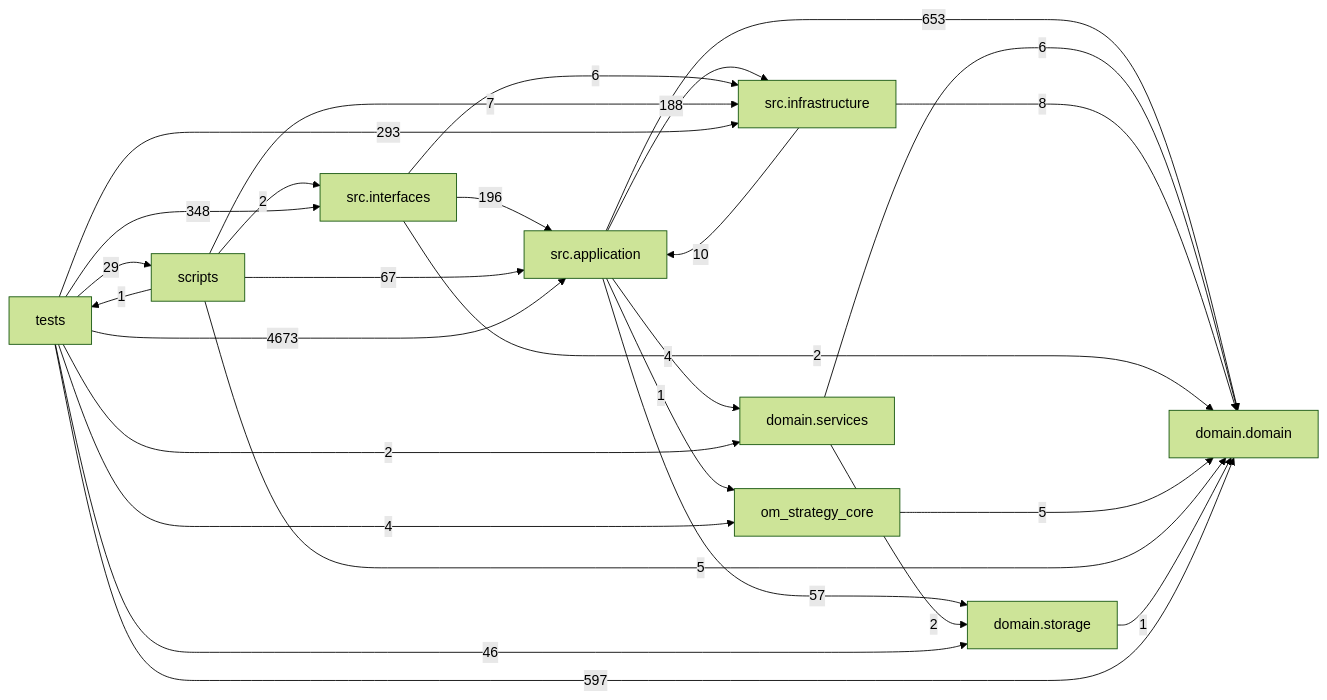
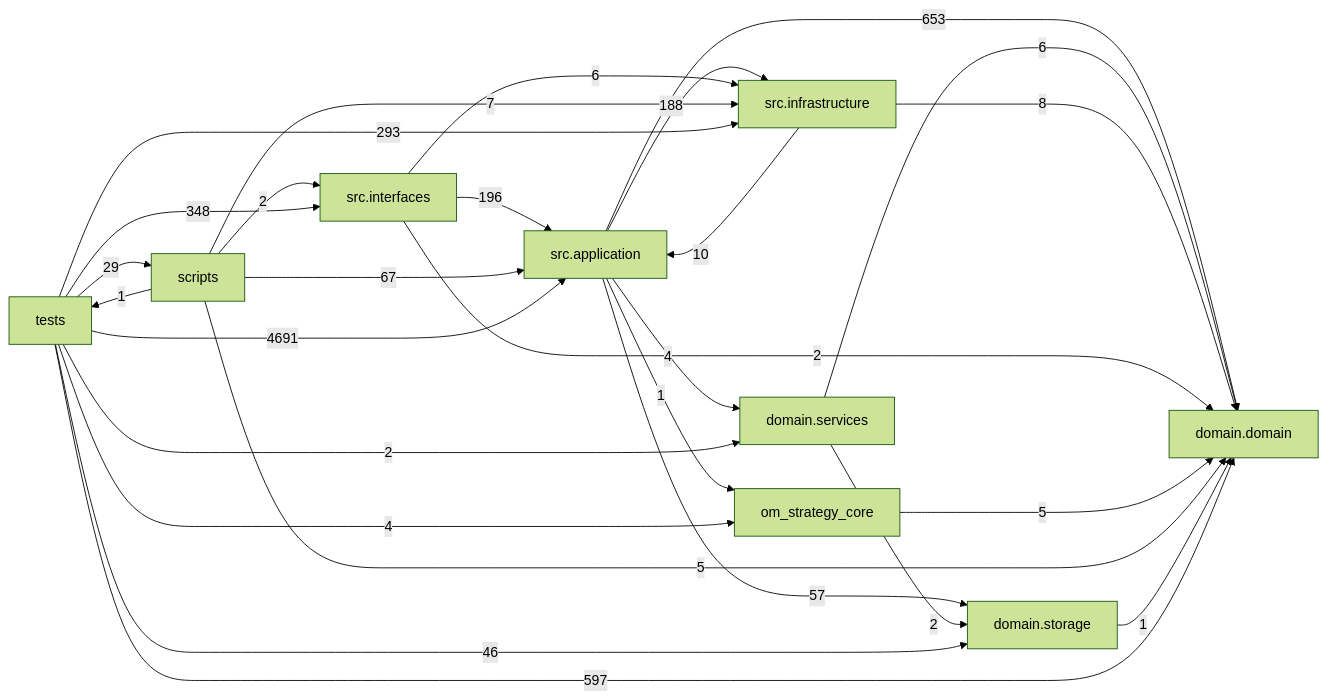
One commit to liuxie066/options-monitor changed the diagram in docs/DEPENDENCY_GRAPH.md. Above: the diagram before and after it, drawn with Mermaid (forest theme). The commit also changed other lines of this file and 4 other files, not shown here.

````diff
--- a/docs/DEPENDENCY_GRAPH.md
+++ b/docs/DEPENDENCY_GRAPH.md
@@ -24,38 +24,38 @@
 ```mermaid
 flowchart LR
   tests["tests"]
   scripts["scripts"]
   interfaces["src.interfaces"]
   application["src.application"]
   infrastructure["src.infrastructure"]
   domain_services["domain.services"]
   domain["domain.domain"]
   storage["domain.storage"]
   application -->|653| domain
   application -->|4| domain_services
   application -->|188| infrastructure
   application -->|1| om_strategy_core
   application -->|57| storage
   domain_services -->|6| domain
   domain_services -->|2| storage
   infrastructure -->|10| application
   infrastructure -->|8| domain
   interfaces -->|196| application
   interfaces -->|2| domain
   interfaces -->|6| infrastructure
   om_strategy_core -->|5| domain
   scripts -->|67| application
   scripts -->|5| domain
   scripts -->|7| infrastructure
   scripts -->|2| interfaces
   scripts -->|1| tests
   storage -->|1| domain
-  tests -->|4673| application
+  tests -->|4691| application
   tests -->|597| domain
   tests -->|2| domain_services
   tests -->|293| infrastructure
   tests -->|348| interfaces
   tests -->|4| om_strategy_core
   tests -->|29| scripts
   tests -->|46| storage
 ```
````
